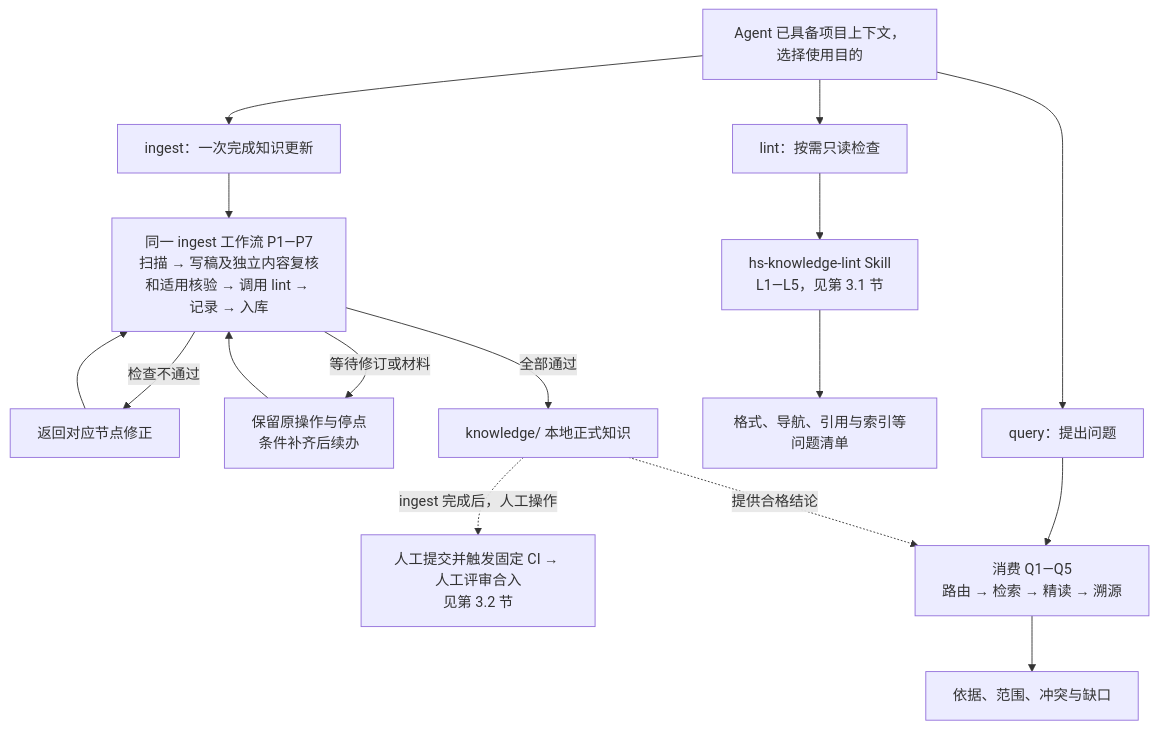
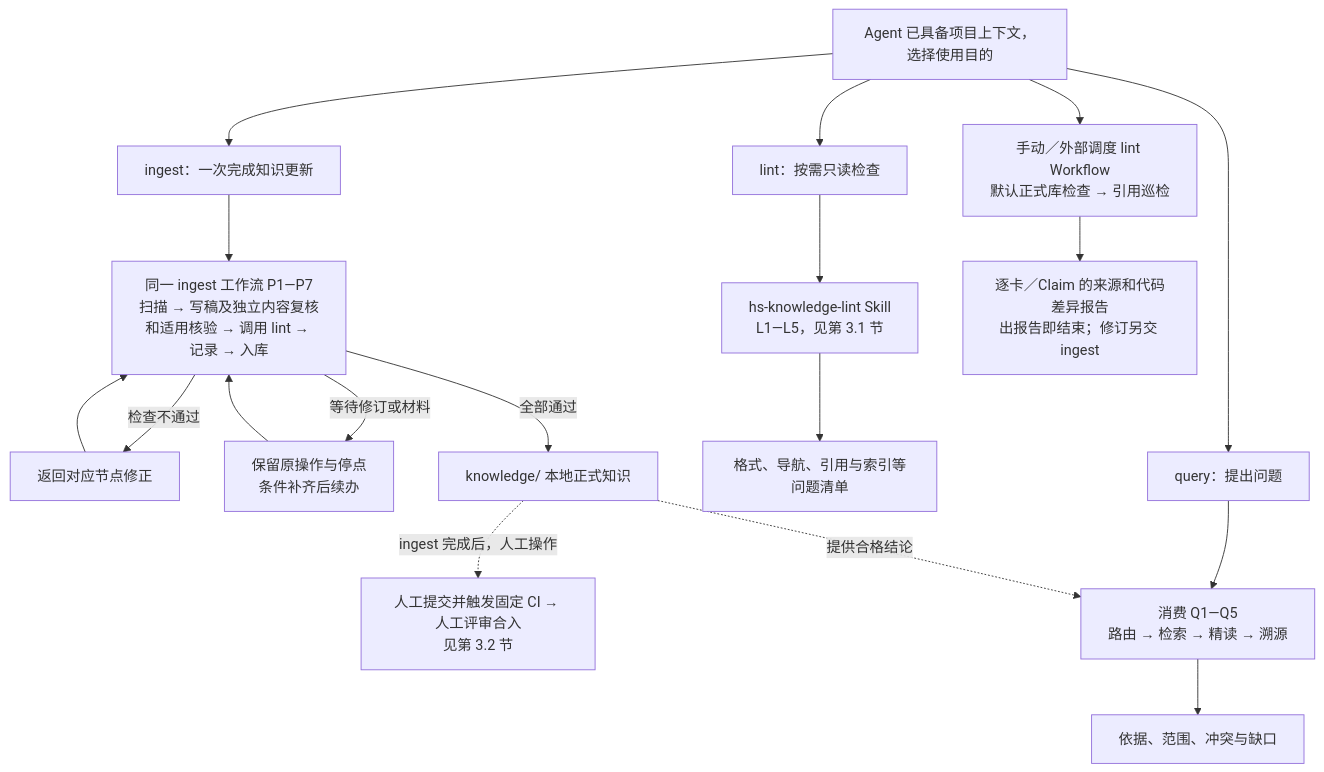
The second of 27 diagrams in himate-knowledge-wifi-mp/docs-llm-wiki/知识库详细设计.md (Robin-hhc/FactumCore), drawn with Mermaid before and after one commit. The commit also changed other lines of this file and 20 other files, not shown here.

First line of the commit message:
feat: add report-only knowledge reference audit workflow

````diff
--- a/himate-knowledge-wifi-mp/docs-llm-wiki/知识库详细设计.md
+++ b/himate-knowledge-wifi-mp/docs-llm-wiki/知识库详细设计.md
@@ -49,18 +50,20 @@
 ```mermaid
 flowchart TD
     U["Agent 已具备项目上下文，选择使用目的"] --> IN["ingest：一次完成知识更新"]
     IN --> P["同一 ingest 工作流 P1—P7<br/>扫描 → 写稿及独立内容复核和适用核验 → 调用 lint → 记录 → 入库"]
     P -->|"检查不通过"| FIX["返回对应节点修正"]
     FIX --> P
     P -->|"等待修订或材料"| WAIT["保留原操作与停点<br/>条件补齐后续办"]
     WAIT --> P
     P -->|"全部通过"| K["knowledge/ 本地正式知识"]
     K -. "ingest 完成后，人工操作" .-> CI["人工提交并触发固定 CI → 人工评审合入<br/>见第 3.2 节"]
     U --> LI["lint：按需只读检查"]
     LI --> LINT["hs-knowledge-lint Skill<br/>L1—L5，见第 3.1 节"]
     LINT --> REPORT["格式、导航、引用与索引等问题清单"]
+    U --> AUDIT["手动／外部调度 lint Workflow<br/>默认正式库检查 → 引用巡检"]
+    AUDIT --> AUDIT_REPORT["逐卡／Claim 的来源和代码差异报告<br/>出报告即结束；修订另交 ingest"]
     U --> QU["query：提出问题"]
     QU --> Q["消费 Q1—Q5<br/>路由 → 检索 → 精读 → 溯源"]
     K -. "提供合格结论" .-> Q
     Q --> A["依据、范围、冲突与缺口"]
 ```
````
